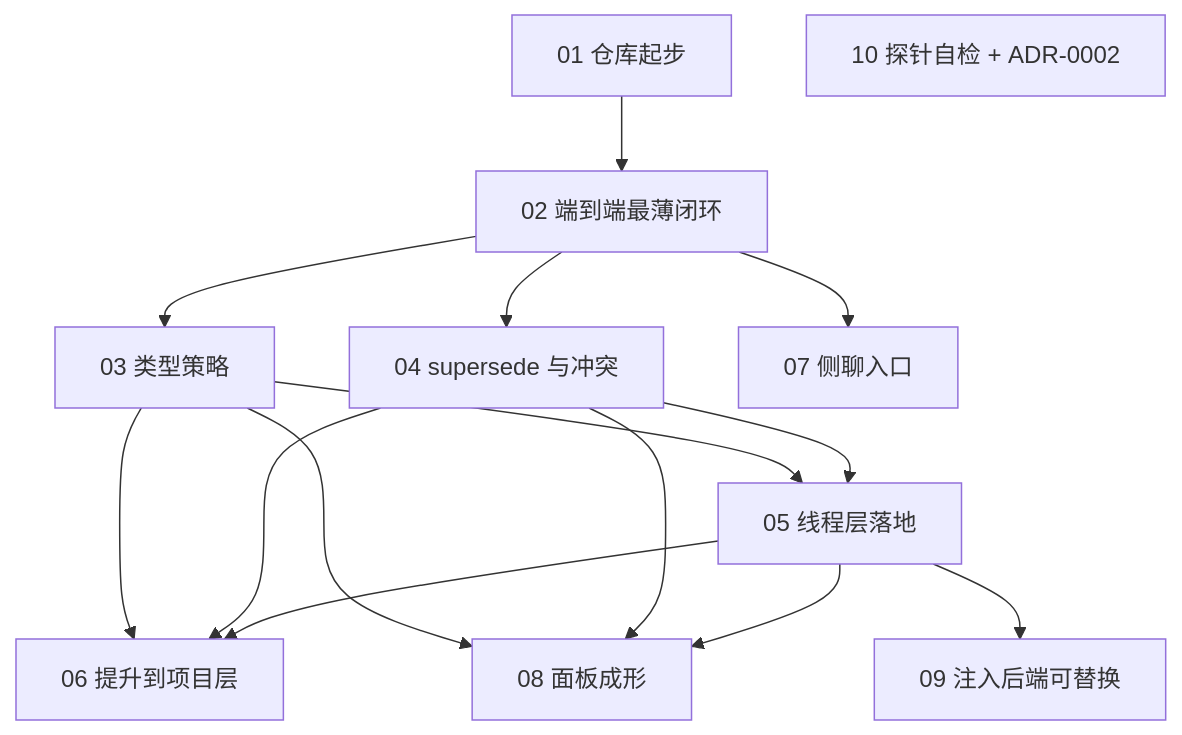
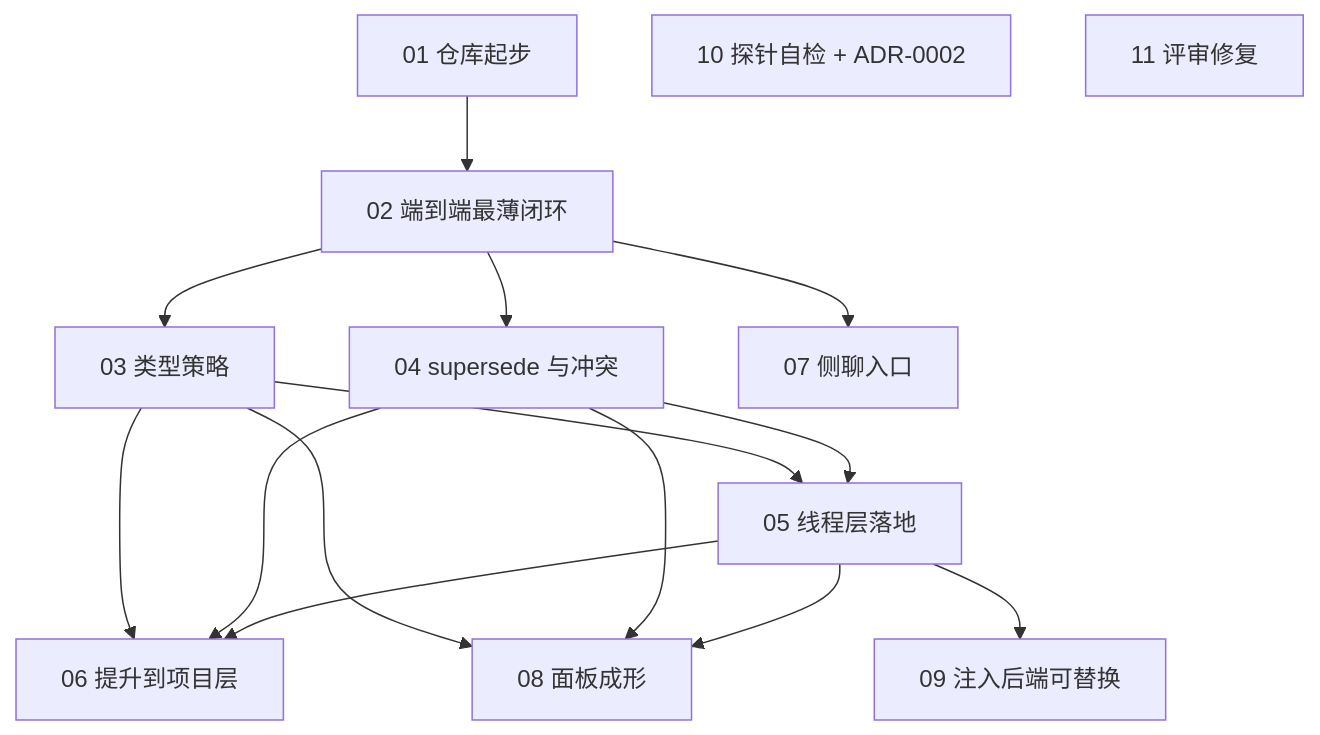
Before and after one commit to PageIV/align: the diagram in .scratch/align/graph.md, drawn with Mermaid. The commit also changed other lines of this file and 1 other file, not shown here.

Commit message:
tickets: 11 评审修复（双轴评审发现）

````diff
--- a/.scratch/align/graph.md
+++ b/.scratch/align/graph.md
@@ -7,27 +7,28 @@
 ```mermaid
 flowchart TD
   t01["01 仓库起步"]
   t02["02 端到端最薄闭环"]
   t03["03 类型策略"]
   t04["04 supersede 与冲突"]
   t05["05 线程层落地"]
   t06["06 提升到项目层"]
   t07["07 侧聊入口"]
   t08["08 面板成形"]
   t09["09 注入后端可替换"]
   t10["10 探针自检 + ADR-0002"]
+  t11["11 评审修复"]
 
   t01 --> t02
   t02 --> t03
   t02 --> t04
   t02 --> t07
   t03 --> t05
   t04 --> t05
   t03 --> t06
   t04 --> t06
   t05 --> t06
   t03 --> t08
   t04 --> t08
   t05 --> t08
   t05 --> t09
 ```
````
